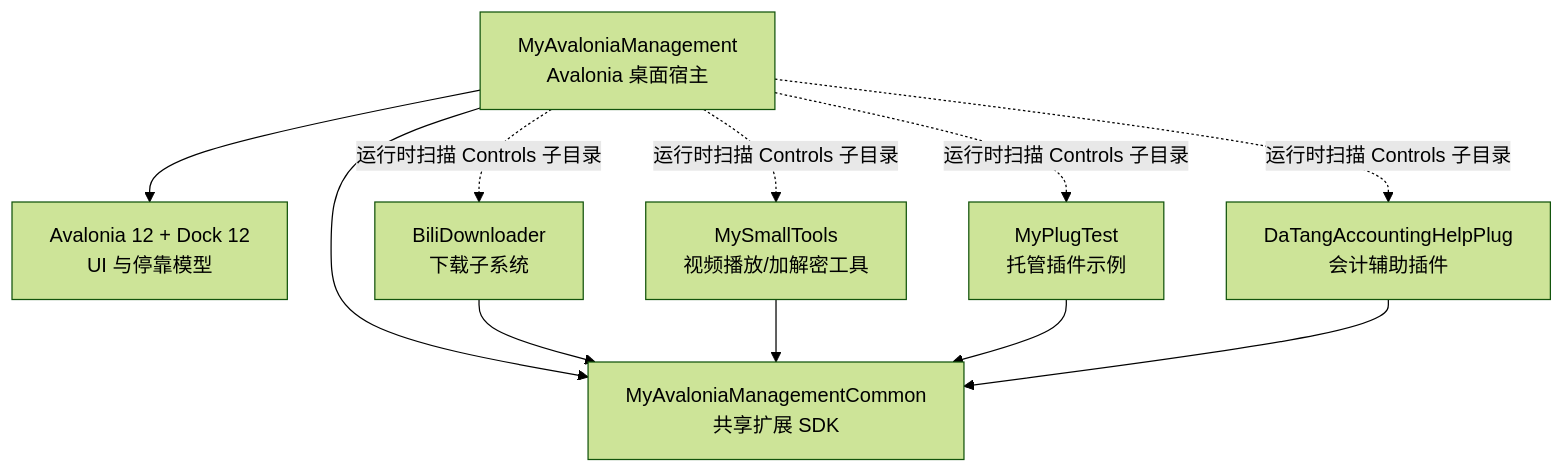
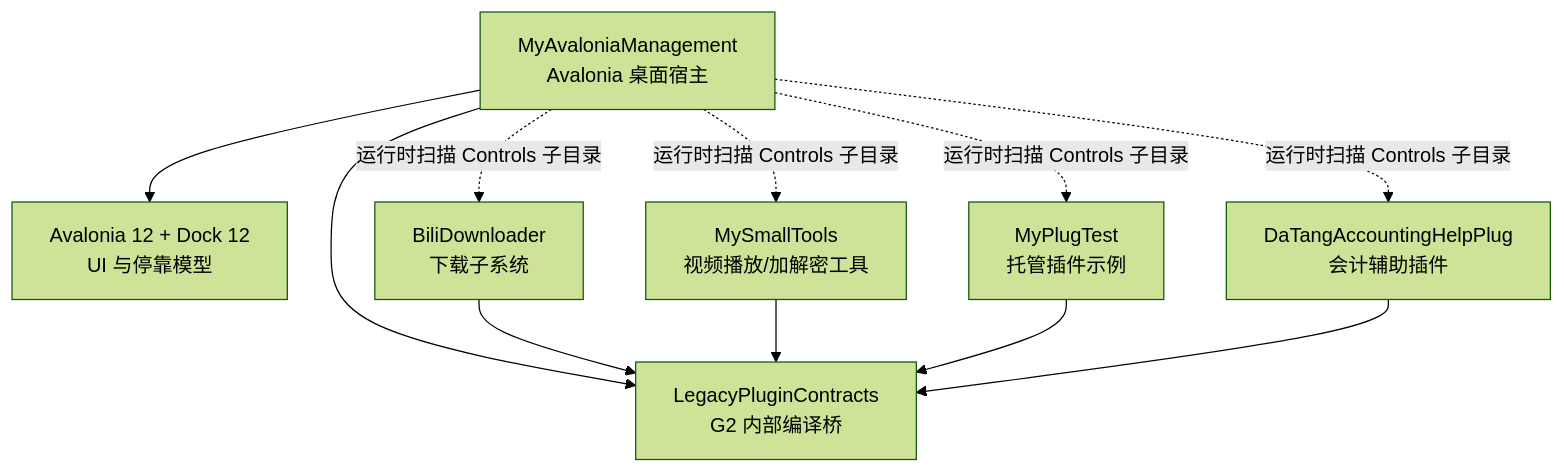
Before and after one commit to crownclowngx/avalonia_dock_simple_test: the first of 5 diagrams in docs/design/host-plugin-architecture-review.md, drawn with Mermaid (forest theme). The commit also changed other lines of this file and 121 other files, not shown here.

First line of the commit message:
refactor(plugin-sdk): 完成 G2 SDK 重建并修复工具显隐

````diff
--- a/docs/design/host-plugin-architecture-review.md
+++ b/docs/design/host-plugin-architecture-review.md
@@ -29,23 +32,23 @@
 ```mermaid
 flowchart TB
     Host["MyAvaloniaManagement<br/>Avalonia 桌面宿主"]
-    Contract["MyAvaloniaManagementCommon<br/>共享扩展 SDK"]
+    Contract["LegacyPluginContracts<br/>G2 内部编译桥"]
     Dock["Avalonia 12 + Dock 12<br/>UI 与停靠模型"]
 
     Bili["BiliDownloader<br/>下载子系统"]
     Small["MySmallTools<br/>视频播放/加解密工具"]
     TestPlug["MyPlugTest<br/>托管插件示例"]
     DaTang["DaTangAccountingHelpPlug<br/>会计辅助插件"]
 
     Host --> Contract
     Host --> Dock
     Bili --> Contract
     Small --> Contract
     TestPlug --> Contract
     DaTang --> Contract
 
     Host -. "运行时扫描 Controls 子目录" .-> Bili
     Host -. "运行时扫描 Controls 子目录" .-> Small
     Host -. "运行时扫描 Controls 子目录" .-> TestPlug
     Host -. "运行时扫描 Controls 子目录" .-> DaTang
 ```
````
